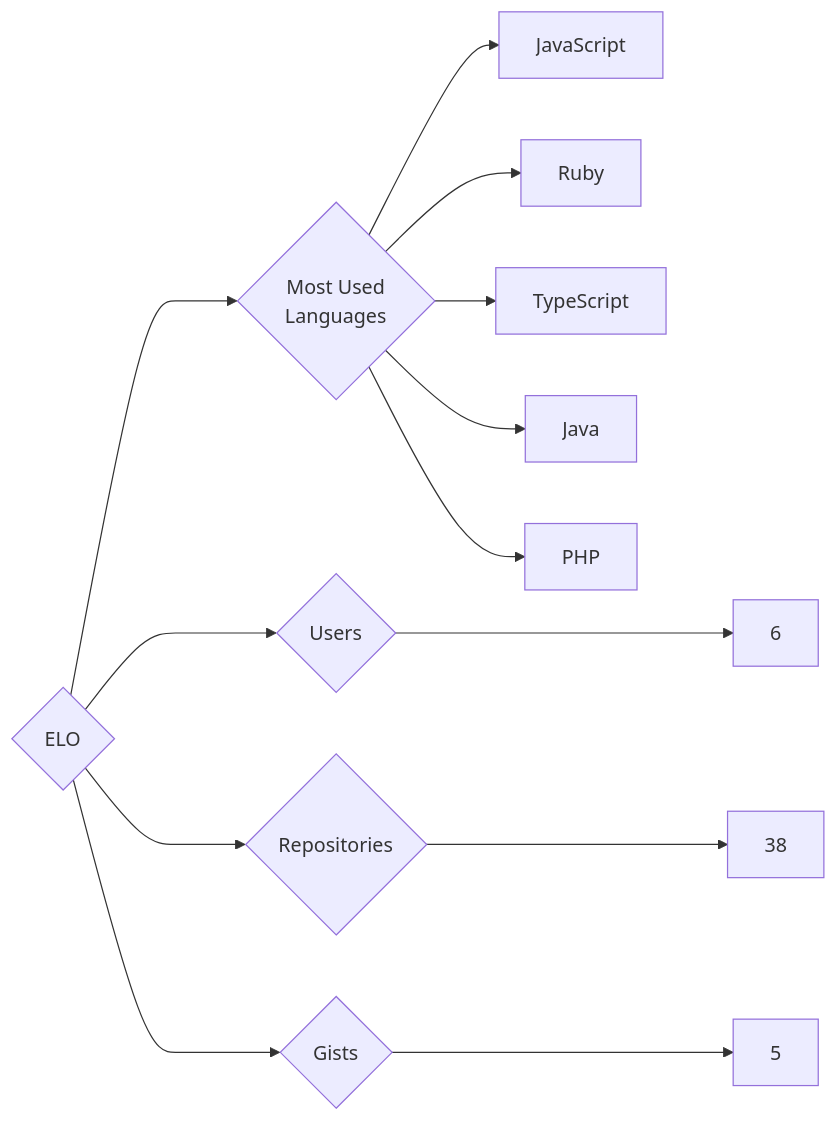
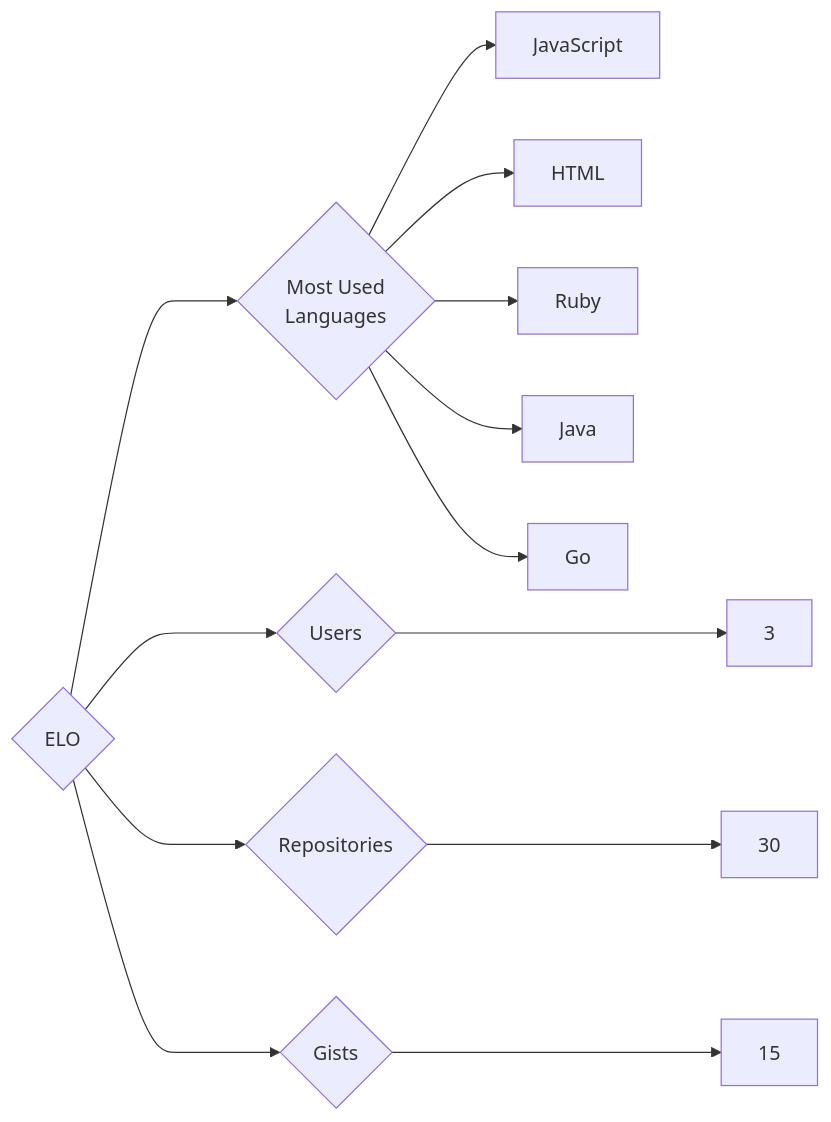
One commit to trickest/insiders changed the diagram in targets/ELO/README.md. Above: the diagram before and after it, drawn with Mermaid. The commit also changed 912 other files, not shown here.

````diff
--- a/targets/ELO/README.md
+++ b/targets/ELO/README.md
@@ -3,13 +3,13 @@
 ```mermaid
 graph LR
 COMPANY_NAME{ELO}
-COMPANY_NAME ---> U{Users} ---> UN[6]
-COMPANY_NAME ---> R{Repositories} ---> RN[38]
-COMPANY_NAME ---> G{Gists} ---> GN[5]
+COMPANY_NAME ---> U{Users} ---> UN[3]
+COMPANY_NAME ---> R{Repositories} ---> RN[30]
+COMPANY_NAME ---> G{Gists} ---> GN[15]
 COMPANY_NAME ---> ML{Most Used<br>Languages}
 ML --> JavaScript[JavaScript]
+ML --> HTML[HTML]
 ML --> Ruby[Ruby]
-ML --> TypeScript[TypeScript]
 ML --> Java[Java]
-ML --> PHP[PHP]
+ML --> Go[Go]
 ```
````
